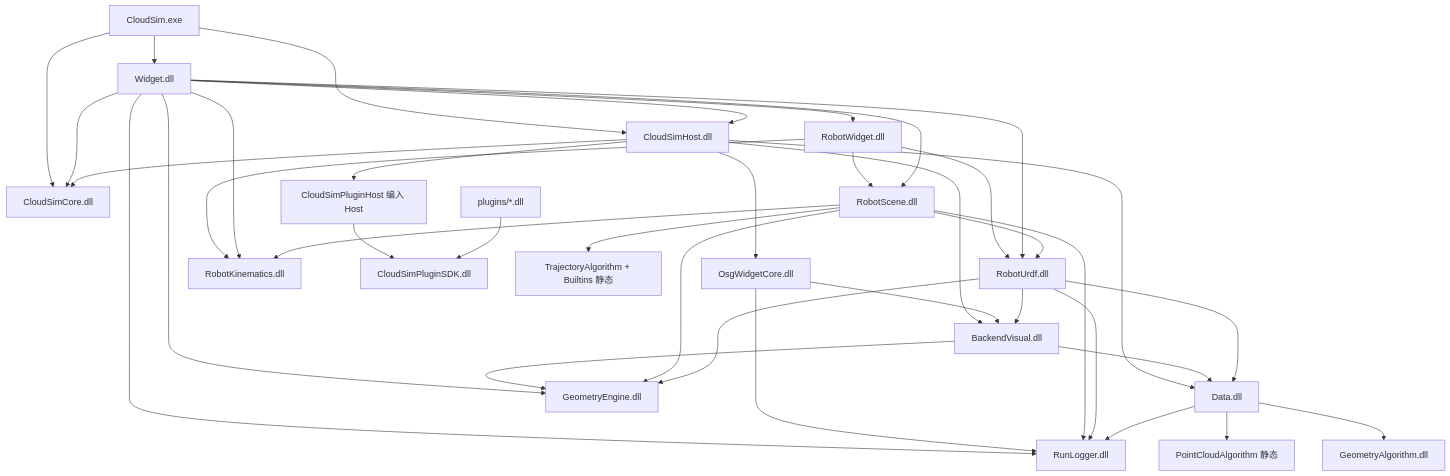
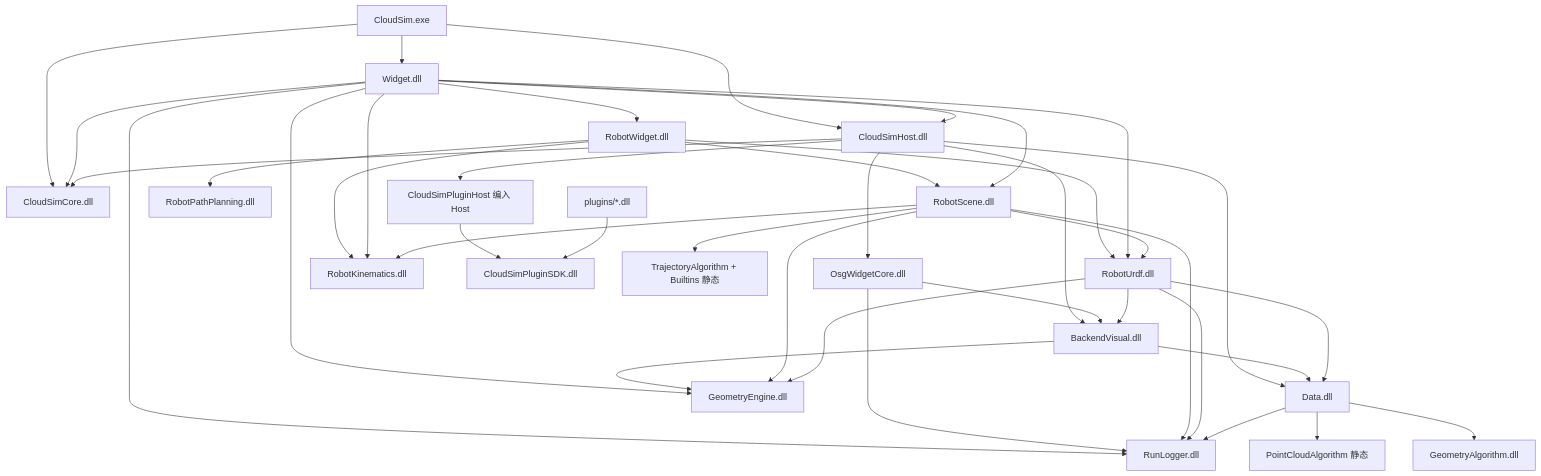
The diagram in docs/MODULE_DEVELOPER_GUIDES.md (sanmunejdn/CloudSim), drawn with Mermaid before and after one commit. The commit also changed other lines of this file and 109 other files, not shown here.

````diff
--- a/docs/MODULE_DEVELOPER_GUIDES.md
+++ b/docs/MODULE_DEVELOPER_GUIDES.md
@@ -71,39 +72,40 @@
 ```mermaid
 flowchart TB
   EXE[CloudSim.exe] --> W[Widget.dll]
   EXE --> H[CloudSimHost.dll]
   EXE --> C[CloudSimCore.dll]
   W --> H
   W --> C
   H --> C
   H --> O[OsgWidgetCore.dll]
   H --> BV[BackendVisual.dll]
   H --> D[Data.dll]
   W --> RW[RobotWidget.dll]
   RW --> RS[RobotScene.dll]
+  RW --> RPP[RobotPathPlanning.dll]
   RW --> RU[RobotUrdf.dll]
   RW --> RK[RobotKinematics.dll]
   W --> RS
   W --> RU
   W --> RK
   W --> GE[GeometryEngine.dll]
   W --> RL[RunLogger.dll]
   H --> PH[CloudSimPluginHost 编入 Host]
   PH --> SDK[CloudSimPluginSDK.dll]
   PLG[plugins/*.dll] --> SDK
   O --> BV
   BV --> D
   O --> RL
   BV --> GE
   RS --> GE
   RS --> TA[TrajectoryAlgorithm + Builtins 静态]
   RS --> RU --> D
   RS --> RK
   RS --> RL
   RU --> BV
   RU --> GE
   RU --> RL
   D --> RL
   D --> PCA[PointCloudAlgorithm 静态]
   D --> GA[GeometryAlgorithm.dll]
 ```
````
